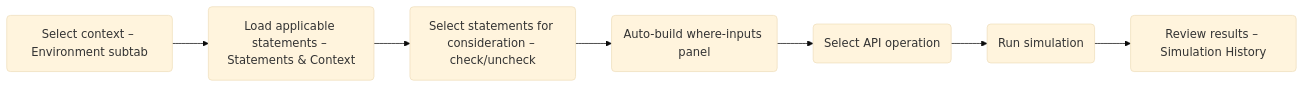
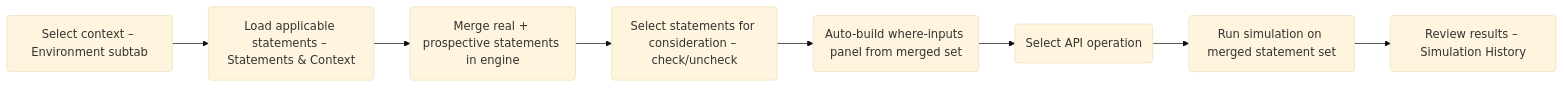
One commit to agregory999/oci-policy-analysis changed the diagram in docs/source/context/project/CONTEXT_simulation_engine.md. Above: the diagram before and after it, drawn with Mermaid (base theme). The commit also changed other lines of this file and 9 other files, not shown here.

````diff
--- a/docs/source/context/project/CONTEXT_simulation_engine.md
+++ b/docs/source/context/project/CONTEXT_simulation_engine.md
@@ -167,9 +169,10 @@
 ```mermaid
 flowchart LR
     A(Select context – Environment subtab) --> B(Load applicable statements – Statements & Context)
-    B --> G(Select statements for consideration – check/uncheck)
-    G --> C(Auto-build where-inputs panel)
+    B --> B2(Merge real + prospective statements in engine)
+    B2 --> G(Select statements for consideration – check/uncheck)
+    G --> C(Auto-build where-inputs panel from merged set)
     C --> D(Select API operation)
-    D --> E(Run simulation)
+    D --> E(Run simulation on merged statement set)
     E --> F(Review results – Simulation History)
 ```
````
